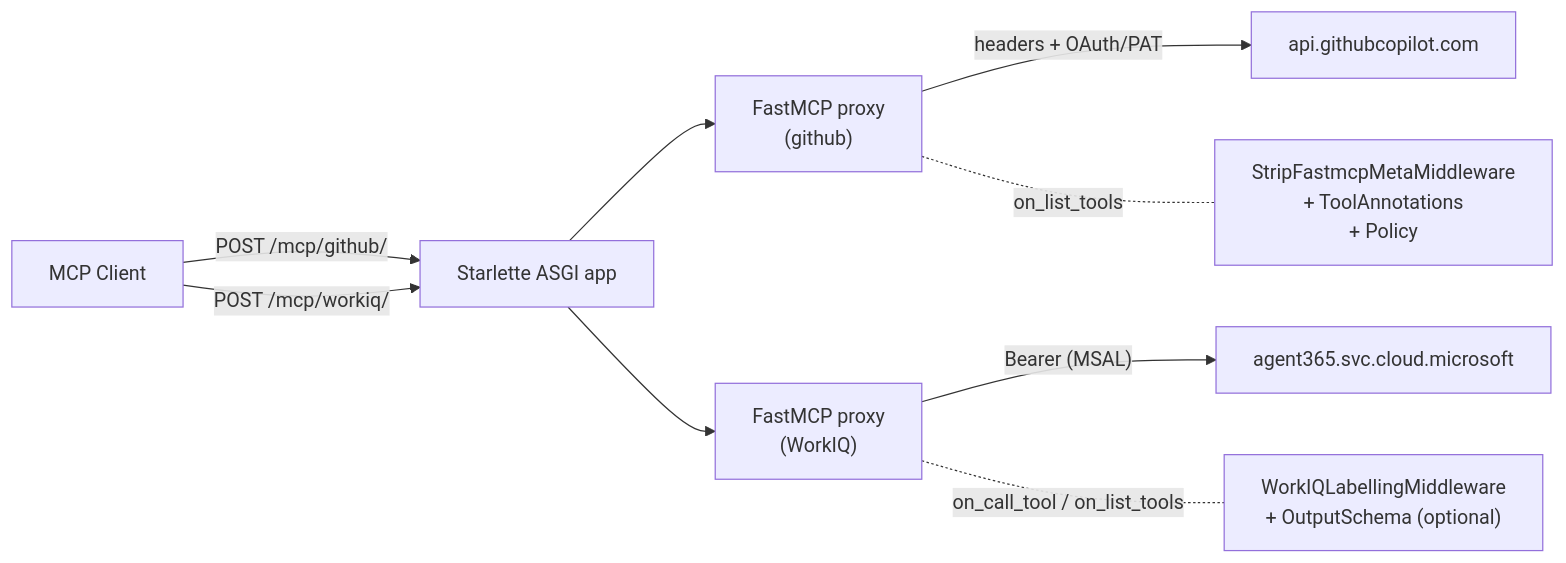
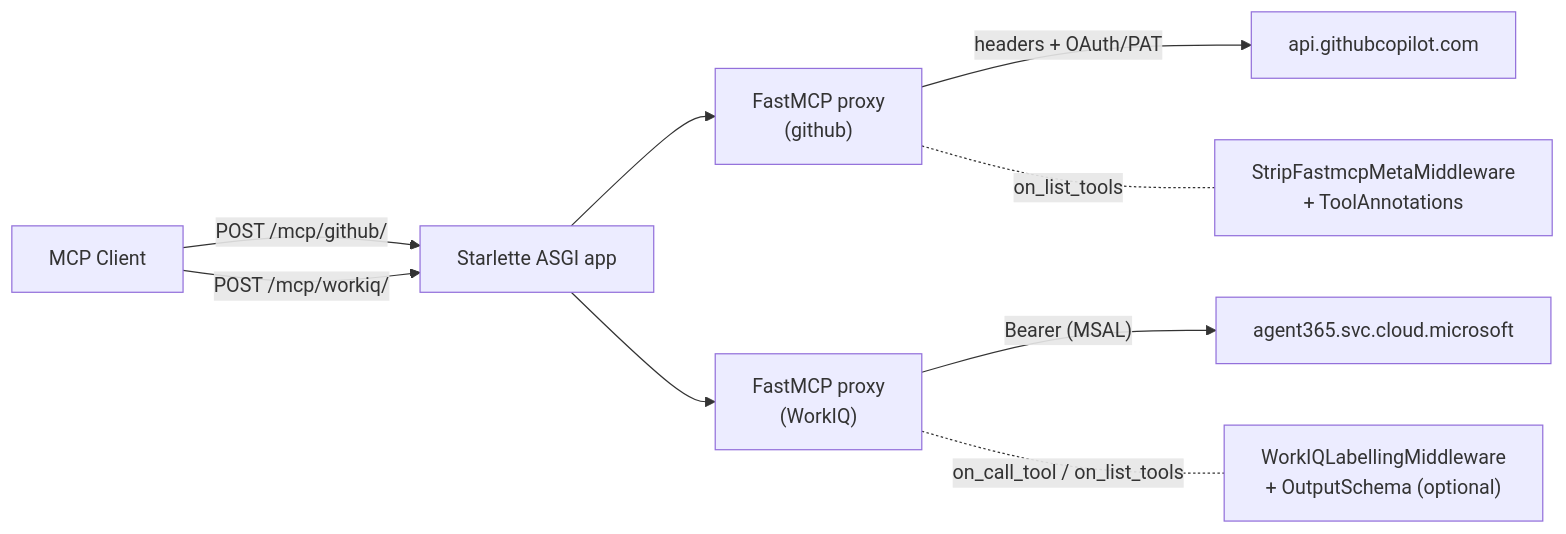
Before and after one commit to microsoft/fides-gateway: the diagram in README.md, drawn with Mermaid. The commit also changed other lines of this file and 36 other files, not shown here.

````diff
--- a/README.md
+++ b/README.md
@@ -401,19 +537,19 @@
 ```mermaid
 flowchart LR
     Client["MCP Client"]
     Starlette["Starlette ASGI app"]
     GH["FastMCP proxy<br/>(github)"]
     WIQ["FastMCP proxy<br/>(WorkIQ)"]
     GHRemote["api.githubcopilot.com"]
     WIQRemote["agent365.svc.cloud.microsoft"]
 
     Client -- "POST /mcp/github/" --> Starlette
     Client -- "POST /mcp/workiq/" --> Starlette
     Starlette --> GH
     Starlette --> WIQ
     GH  -- "headers + OAuth/PAT" --> GHRemote
     WIQ -- "Bearer (MSAL)"       --> WIQRemote
 
-    GH  -. "on_list_tools" .- StripGH["StripFastmcpMetaMiddleware<br/>+ ToolAnnotations<br/>+ Policy"]
+    GH  -. "on_list_tools" .- StripGH["StripFastmcpMetaMiddleware<br/>+ ToolAnnotations"]
     WIQ -. "on_call_tool / on_list_tools" .- StripWIQ["WorkIQLabellingMiddleware<br/>+ OutputSchema (optional)"]
 ```
````
